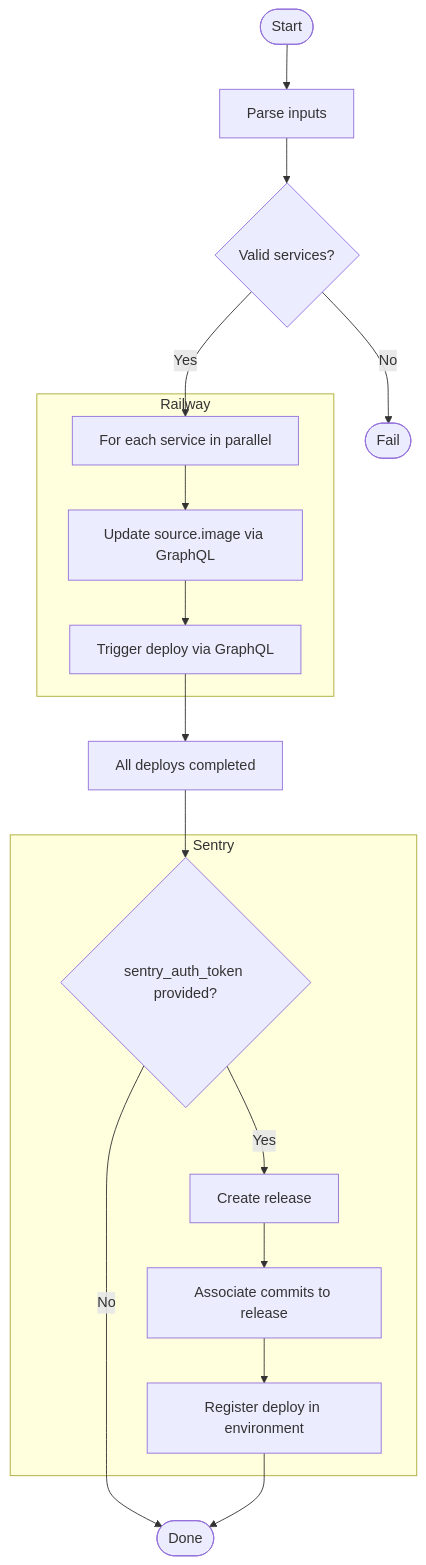
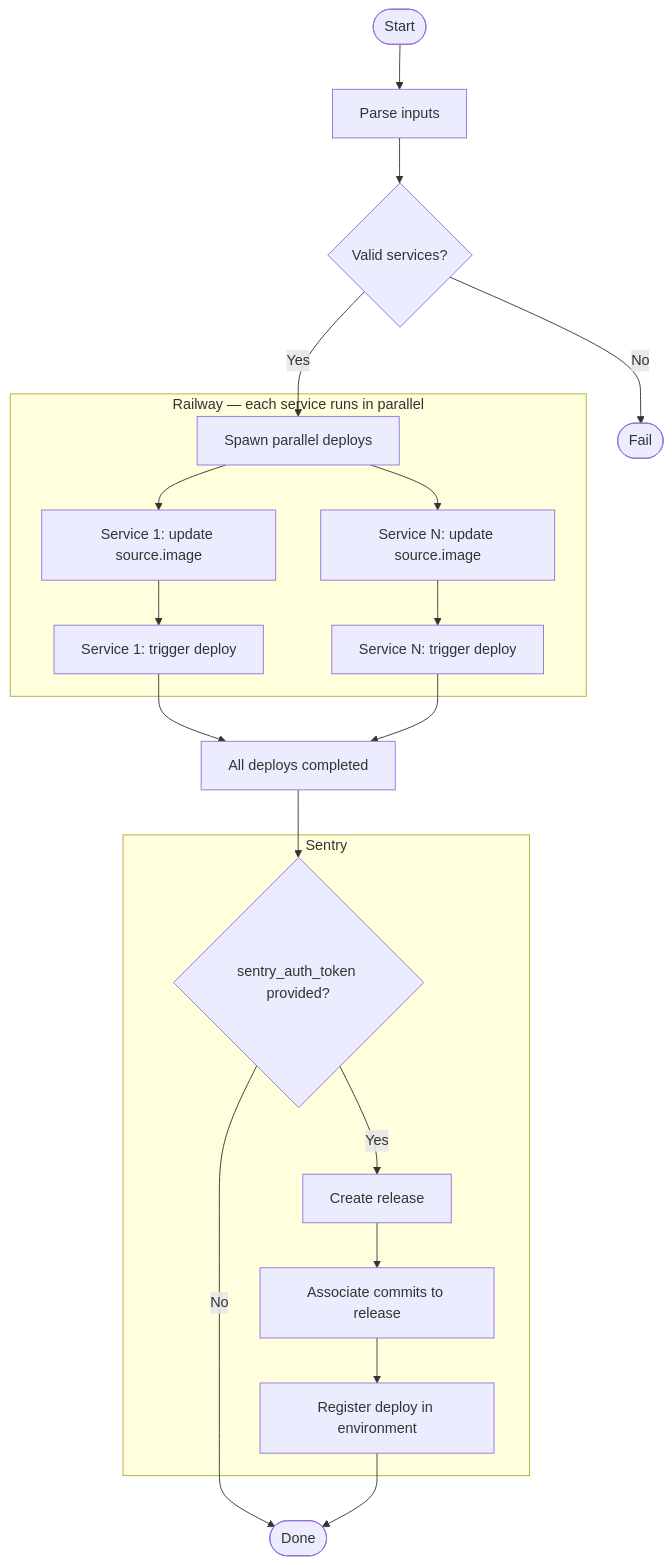
Before and after one commit to Spryx-AI/spryx-deploy-action: the diagram in README.md, drawn with Mermaid. The commit also changed other lines of this file and 1 other file, not shown here.

Commit message:
fix: format and README improvements
- Run Prettier on src/action.ts
- Fix diagram to show parallel Railway deploys
- Add context/file to docker build steps in README
- Fix sentry_projects example to match service names
- Add note about release_name convention

````diff
--- a/README.md
+++ b/README.md
@@ -7,24 +7,26 @@
 ```mermaid
 flowchart TD
     A([Start]) --> B[Parse inputs]
     B --> C{Valid services?}
     C -- No --> Z([Fail])
-    C -- Yes --> D[For each service in parallel]
+    C -- Yes --> D[Spawn parallel deploys]
 
-    subgraph Railway
-        D --> E[Update source.image via GraphQL]
-        E --> F[Trigger deploy via GraphQL]
+    subgraph Railway [Railway — each service runs in parallel]
+        D --> E1[Service 1: update source.image]
+        D --> E2[Service N: update source.image]
+        E1 --> F1[Service 1: trigger deploy]
+        E2 --> F2[Service N: trigger deploy]
     end
 
-    F --> G[All deploys completed]
+    F1 & F2 --> G[All deploys completed]
     G --> H{sentry_auth_token provided?}
     H -- No --> I([Done])
 
     subgraph Sentry
         H -- Yes --> J[Create release]
         J --> K[Associate commits to release]
         K --> L[Register deploy in environment]
     end
 
     L --> I
 ```
````
